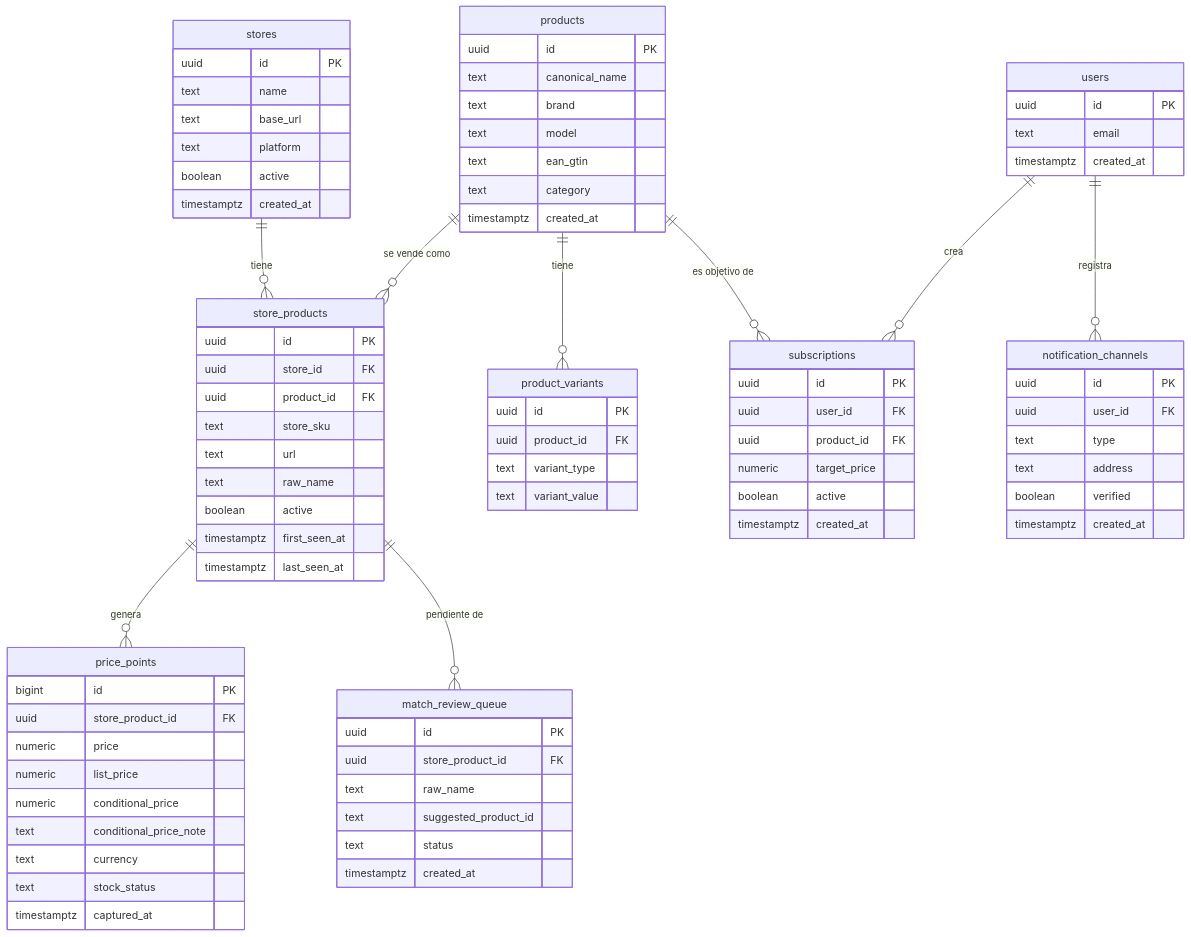
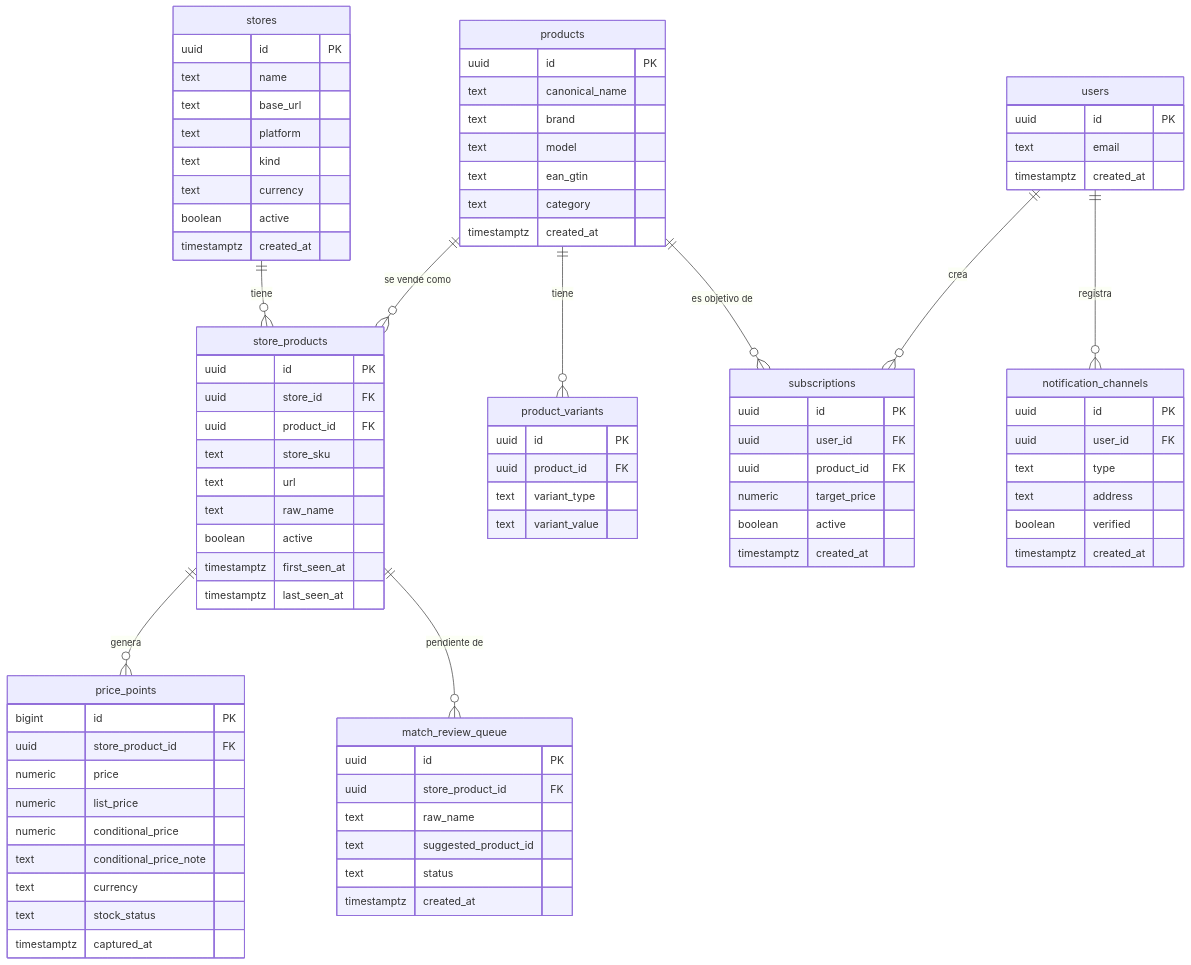
One commit to Chofito/hackathon-16072026 changed the diagram in docs/DATA_MODEL.md. Above: the diagram before and after it, drawn with Mermaid. The commit also changed other lines of this file and 7 other files, not shown here.

```diff
--- a/docs/DATA_MODEL.md
+++ b/docs/DATA_MODEL.md
@@ -20,6 +20,8 @@
         text name
         text base_url
         text platform
+        text kind
+        text currency
         boolean active
         timestamptz created_at
     }
```
